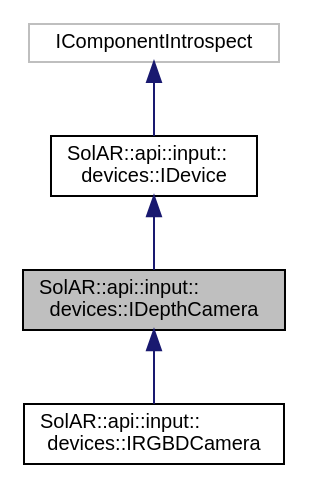
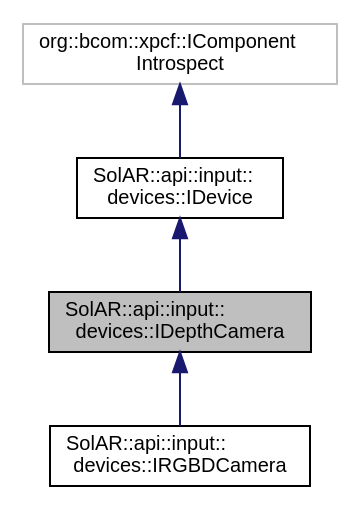
The diagram in api_documentation/class_sol_a_r_1_1api_1_1input_1_1devices_1_1_i_depth_camera__inherit__graph.dot (SolarFramework/solarframework.github.io), drawn with Graphviz before and after one commit. The commit also changed 1012 other files, not shown here.

```diff
--- a/api_documentation/class_sol_a_r_1_1api_1_1input_1_1devices_1_1_i_depth_camera__inherit__graph.dot
+++ b/api_documentation/class_sol_a_r_1_1api_1_1input_1_1devices_1_1_i_depth_camera__inherit__graph.dot
@@ -1,12 +1,13 @@
 digraph "SolAR::api::input::devices::IDepthCamera"
 {
+ // LATEX_PDF_SIZE
   edge [fontname="Helvetica",fontsize="10",labelfontname="Helvetica",labelfontsize="10"];
   node [fontname="Helvetica",fontsize="10",shape=record];
-  Node0 [label="SolAR::api::input::\ldevices::IDepthCamera",height=0.2,width=0.4,color="black", fillcolor="grey75", style="filled", fontcolor="black"];
-  Node1 -> Node0 [dir="back",color="midnightblue",fontsize="10",style="solid",fontname="Helvetica"];
-  Node1 [label="SolAR::api::input::\ldevices::IDevice",height=0.2,width=0.4,color="black", fillcolor="white", style="filled",URL="$class_sol_a_r_1_1api_1_1input_1_1devices_1_1_i_device.html",tooltip="Manage any kind of device. UUID: d73c7b34-f6af-48f3-b65d-37a047929f4b "];
+  Node1 [label="SolAR::api::input::\ldevices::IDepthCamera",height=0.2,width=0.4,color="black", fillcolor="grey75", style="filled", fontcolor="black",tooltip="Specify the IDepthCamera interface class."];
   Node2 -> Node1 [dir="back",color="midnightblue",fontsize="10",style="solid",fontname="Helvetica"];
-  Node2 [label="IComponentIntrospect",height=0.2,width=0.4,color="grey75", fillcolor="white", style="filled"];
-  Node0 -> Node3 [dir="back",color="midnightblue",fontsize="10",style="solid",fontname="Helvetica"];
-  Node3 [label="SolAR::api::input::\ldevices::IRGBDCamera",height=0.2,width=0.4,color="black", fillcolor="white", style="filled",URL="$class_sol_a_r_1_1api_1_1input_1_1devices_1_1_i_r_g_b_d_camera.html",tooltip="Specify the IRGBDCamera interface class. "];
+  Node2 [label="SolAR::api::input::\ldevices::IDevice",height=0.2,width=0.4,color="black", fillcolor="white", style="filled",URL="$class_sol_a_r_1_1api_1_1input_1_1devices_1_1_i_device.html",tooltip="Manage any kind of device. UUID: d73c7b34-f6af-48f3-b65d-37a047929f4b"];
+  Node3 -> Node2 [dir="back",color="midnightblue",fontsize="10",style="solid",fontname="Helvetica"];
+  Node3 [label="org::bcom::xpcf::IComponent\lIntrospect",height=0.2,width=0.4,color="grey75", fillcolor="white", style="filled",tooltip=" "];
+  Node1 -> Node4 [dir="back",color="midnightblue",fontsize="10",style="solid",fontname="Helvetica"];
+  Node4 [label="SolAR::api::input::\ldevices::IRGBDCamera",height=0.2,width=0.4,color="black", fillcolor="white", style="filled",URL="$class_sol_a_r_1_1api_1_1input_1_1devices_1_1_i_r_g_b_d_camera.html",tooltip="Specify the IRGBDCamera interface class."];
 }
```
